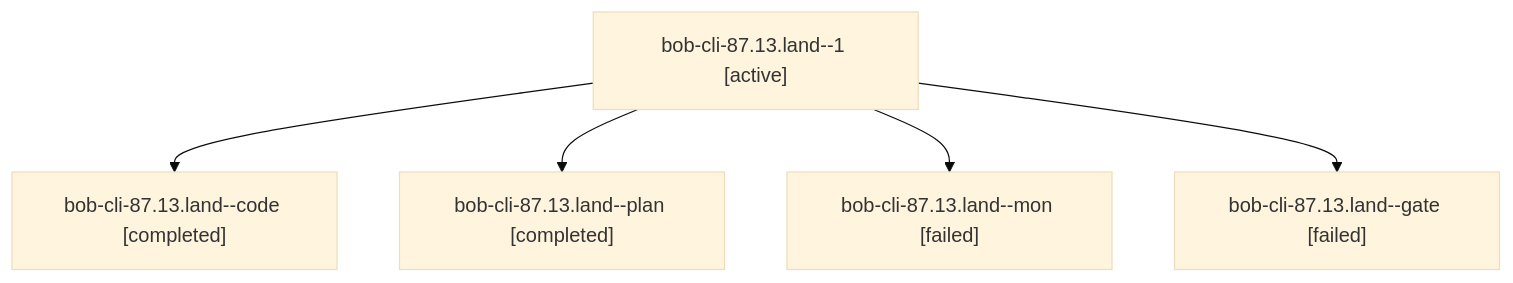
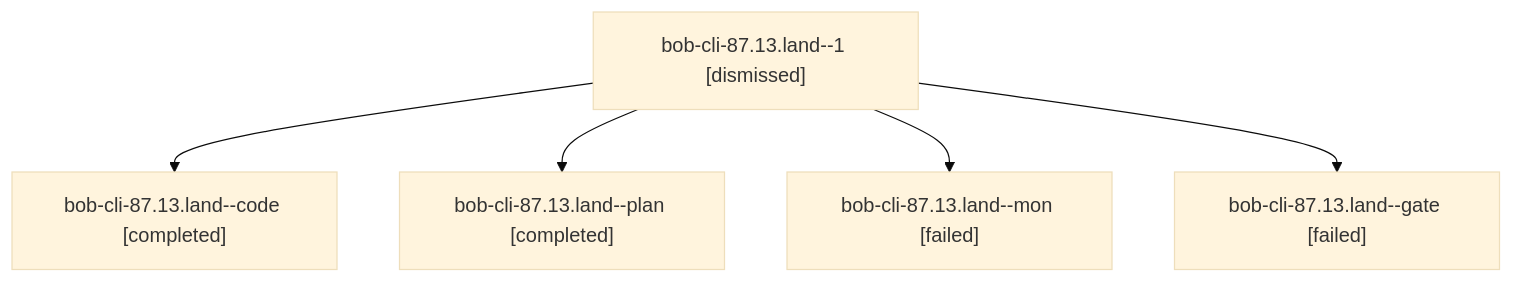
The diagram in sessions/bbugyi200.athena.bob-cli-87.13.land.md (bobs-org/bob-cli--agents), drawn with Mermaid (base theme) before and after one commit. The commit also changed other lines of this file and 210 other files, not shown here.

````diff
--- a/sessions/bbugyi200.athena.bob-cli-87.13.land.md
+++ b/sessions/bbugyi200.athena.bob-cli-87.13.land.md
@@ -9,12 +9,12 @@
 ```mermaid
 flowchart TD
-  n0["bob-cli-87.13.land--1 [active]"]
+  n0["bob-cli-87.13.land--1 [dismissed]"]
   n1["bob-cli-87.13.land--code [completed]"]
   n0 --> n1
   n2["bob-cli-87.13.land--plan [completed]"]
   n0 --> n2
   n3["bob-cli-87.13.land--mon [failed]"]
   n0 --> n3
   n4["bob-cli-87.13.land--gate [failed]"]
   n0 --> n4
 ```
````
